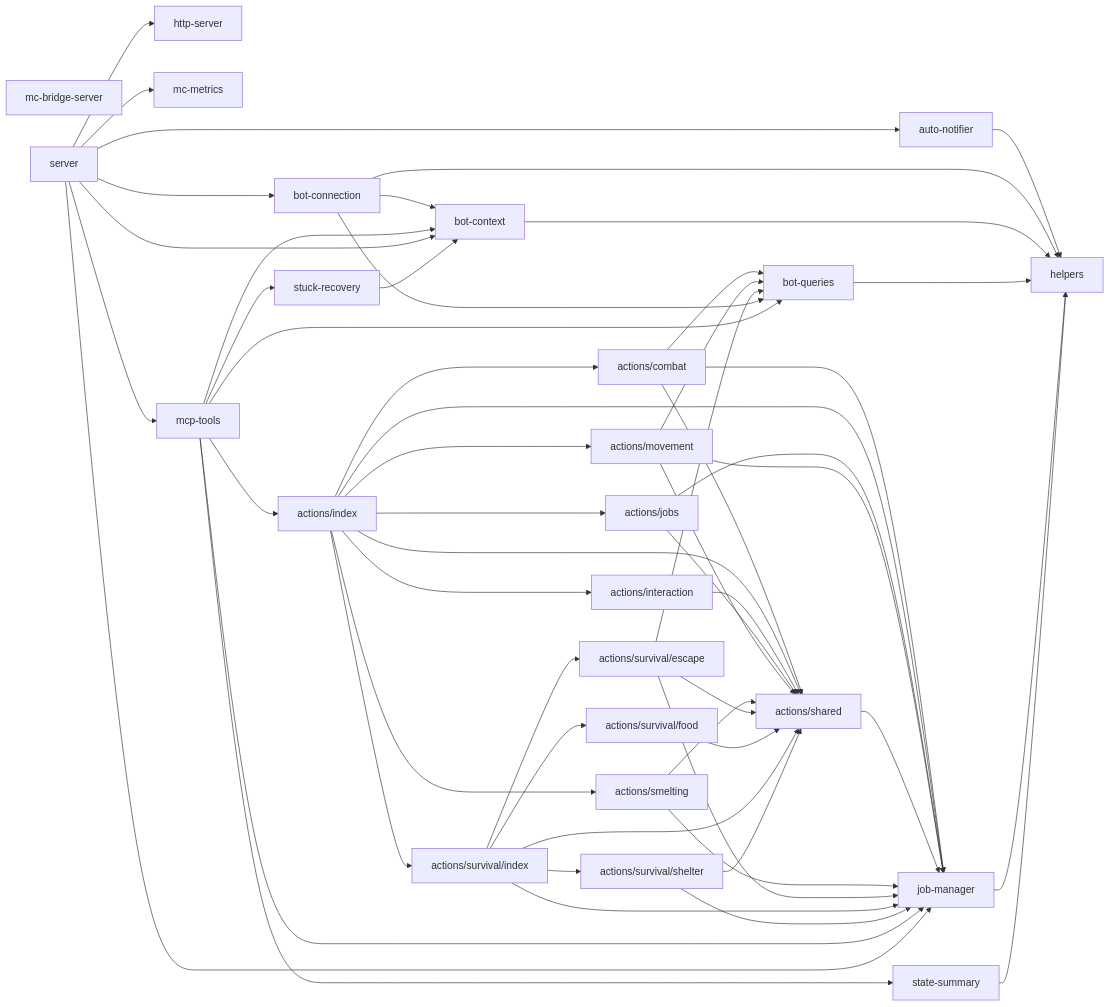
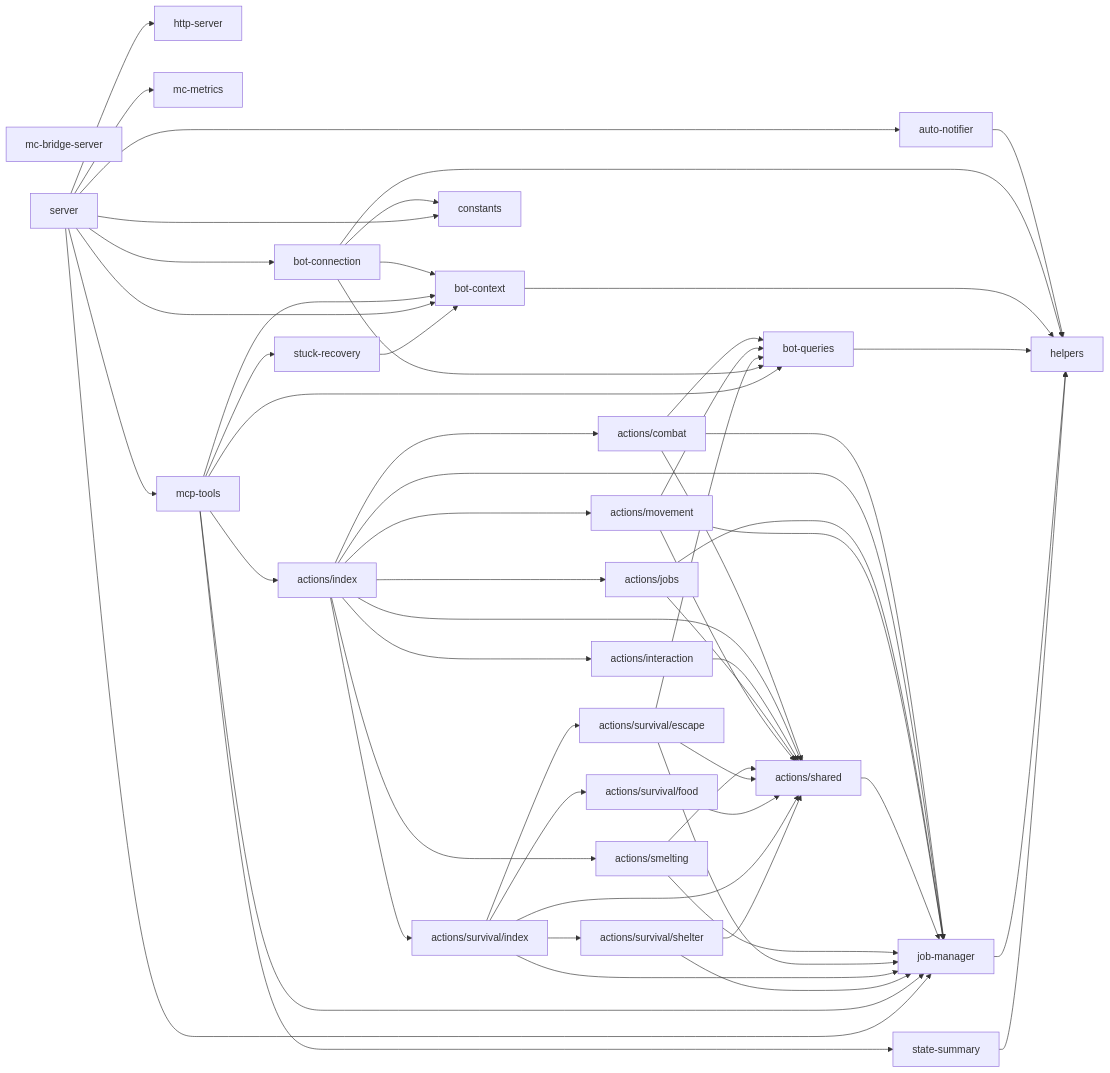
The diagram in packages/minecraft/DEPS.md (OJII3/vicissitude), drawn with Mermaid before and after one commit. The commit also changed other lines of this file and 51 other files, not shown here.

````diff
--- a/packages/minecraft/DEPS.md
+++ b/packages/minecraft/DEPS.md
@@ -7,60 +7,63 @@
 ```mermaid
 graph LR
   actions_combat["actions/combat"] --> actions_shared["actions/shared"]
   actions_combat["actions/combat"] --> bot_queries["bot-queries"]
   actions_combat["actions/combat"] --> job_manager["job-manager"]
   actions_index["actions/index"] --> actions_combat["actions/combat"]
   actions_index["actions/index"] --> actions_interaction["actions/interaction"]
   actions_index["actions/index"] --> actions_jobs["actions/jobs"]
   actions_index["actions/index"] --> actions_movement["actions/movement"]
   actions_index["actions/index"] --> actions_shared["actions/shared"]
   actions_index["actions/index"] --> actions_smelting["actions/smelting"]
   actions_index["actions/index"] --> actions_survival_index["actions/survival/index"]
   actions_index["actions/index"] --> job_manager["job-manager"]
   actions_interaction["actions/interaction"] --> actions_shared["actions/shared"]
   actions_jobs["actions/jobs"] --> actions_shared["actions/shared"]
   actions_jobs["actions/jobs"] --> job_manager["job-manager"]
   actions_movement["actions/movement"] --> actions_shared["actions/shared"]
   actions_movement["actions/movement"] --> bot_queries["bot-queries"]
   actions_movement["actions/movement"] --> job_manager["job-manager"]
   actions_shared["actions/shared"] --> job_manager["job-manager"]
   actions_smelting["actions/smelting"] --> actions_shared["actions/shared"]
   actions_smelting["actions/smelting"] --> job_manager["job-manager"]
   actions_survival_escape["actions/survival/escape"] --> actions_shared["actions/shared"]
   actions_survival_escape["actions/survival/escape"] --> bot_queries["bot-queries"]
   actions_survival_escape["actions/survival/escape"] --> job_manager["job-manager"]
   actions_survival_food["actions/survival/food"] --> actions_shared["actions/shared"]
   actions_survival_index["actions/survival/index"] --> actions_shared["actions/shared"]
   actions_survival_index["actions/survival/index"] --> actions_survival_escape["actions/survival/escape"]
   actions_survival_index["actions/survival/index"] --> actions_survival_food["actions/survival/food"]
   actions_survival_index["actions/survival/index"] --> actions_survival_shelter["actions/survival/shelter"]
   actions_survival_index["actions/survival/index"] --> job_manager["job-manager"]
   actions_survival_shelter["actions/survival/shelter"] --> actions_shared["actions/shared"]
   actions_survival_shelter["actions/survival/shelter"] --> job_manager["job-manager"]
   auto_notifier["auto-notifier"] --> helpers
   bot_connection["bot-connection"] --> bot_context["bot-context"]
   bot_connection["bot-connection"] --> bot_queries["bot-queries"]
+  bot_connection["bot-connection"] --> constants
   bot_connection["bot-connection"] --> helpers
   bot_context["bot-context"] --> helpers
   bot_queries["bot-queries"] --> helpers
+  constants
   helpers
   http_server["http-server"]
   job_manager["job-manager"] --> helpers
   mc_bridge_server["mc-bridge-server"]
   mc_metrics["mc-metrics"]
   mcp_tools["mcp-tools"] --> actions_index["actions/index"]
   mcp_tools["mcp-tools"] --> bot_context["bot-context"]
   mcp_tools["mcp-tools"] --> bot_queries["bot-queries"]
   mcp_tools["mcp-tools"] --> job_manager["job-manager"]
   mcp_tools["mcp-tools"] --> state_summary["state-summary"]
   mcp_tools["mcp-tools"] --> stuck_recovery["stuck-recovery"]
   server --> auto_notifier["auto-notifier"]
   server --> bot_connection["bot-connection"]
   server --> bot_context["bot-context"]
+  server --> constants
   server --> http_server["http-server"]
   server --> job_manager["job-manager"]
   server --> mc_metrics["mc-metrics"]
   server --> mcp_tools["mcp-tools"]
   state_summary["state-summary"] --> helpers
   stuck_recovery["stuck-recovery"] --> bot_context["bot-context"]
 ```
````
